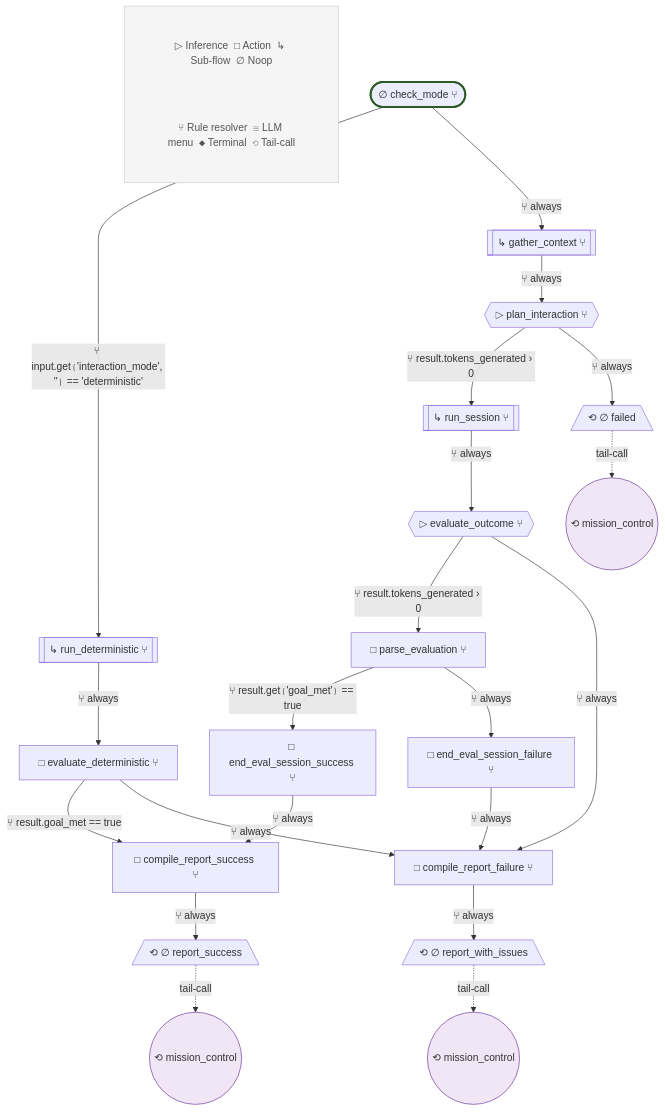
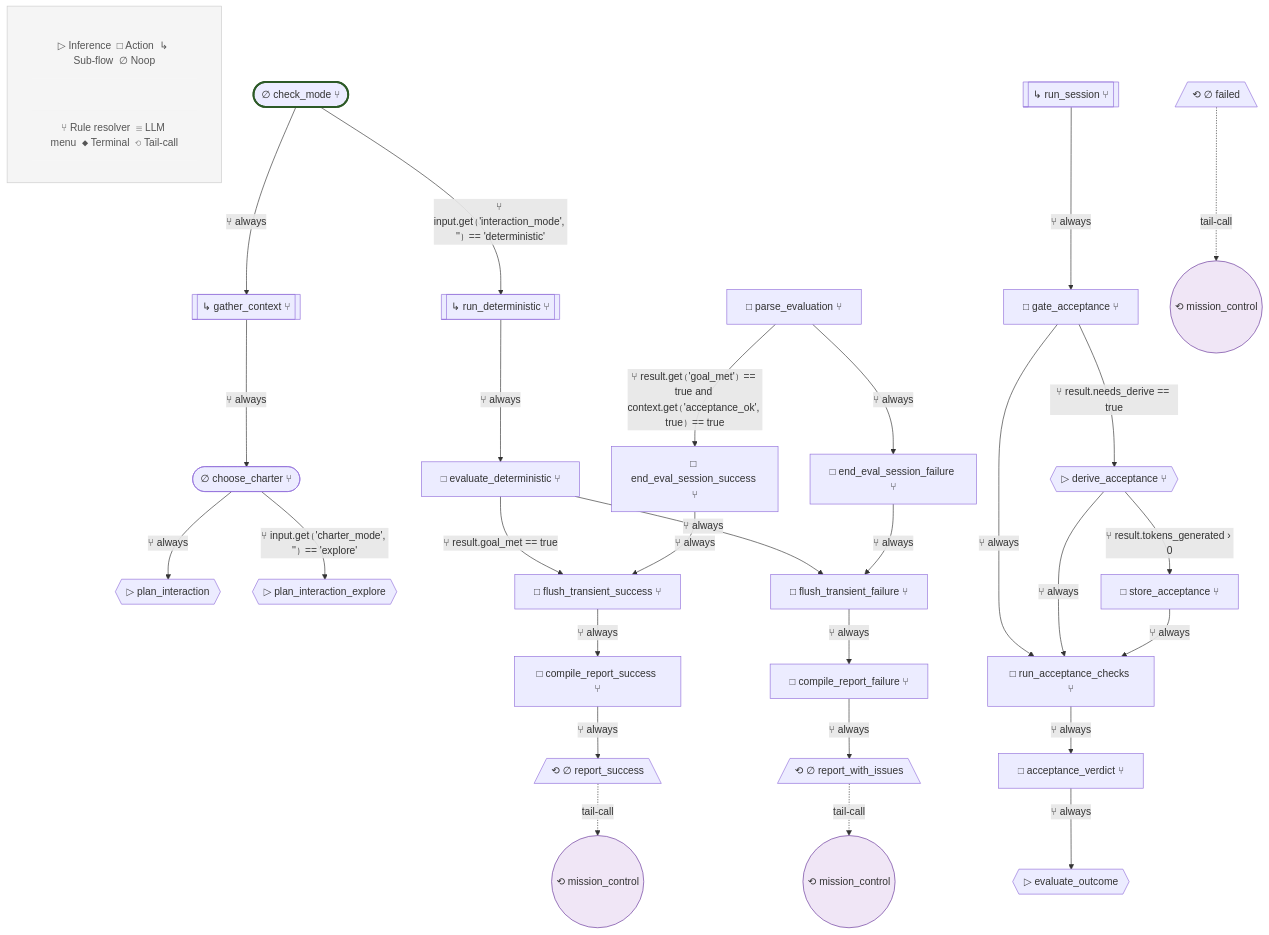
The seventh of 40 diagrams in blueprint.md (lah-rb/ouroboros), drawn with Mermaid before and after one commit. The commit also changed other lines of this file and 2 other files, not shown here.

````diff
--- a/blueprint.md
+++ b/blueprint.md
@@ -668,58 +827,74 @@
 ```mermaid
 flowchart TD
     %% interact v4
 
     subgraph Legend[" "]
         L1["▷ Inference  □ Action  ↳ Sub-flow  ∅ Noop"]
         L2["⑂ Rule resolver  ☰ LLM menu  ◆ Terminal  ⟲ Tail-call"]
     end
     style Legend fill:#f5f5f5,stroke:#ccc,stroke-width:1px
     style L1 fill:#f5f5f5,stroke:none,color:#555
     style L2 fill:#f5f5f5,stroke:none,color:#555
 
     check_mode(["∅ check_mode ⑂"])
     run_deterministic[["↳ run_deterministic ⑂"]]
     evaluate_deterministic["□ evaluate_deterministic ⑂"]
     gather_context[["↳ gather_context ⑂"]]
-    plan_interaction{{"▷ plan_interaction ⑂"}}
+    choose_charter(["∅ choose_charter ⑂"])
+    plan_interaction{{"▷ plan_interaction"}}
+    plan_interaction_explore{{"▷ plan_interaction_explore"}}
     run_session[["↳ run_session ⑂"]]
-    evaluate_outcome{{"▷ evaluate_outcome ⑂"}}
+    gate_acceptance["□ gate_acceptance ⑂"]
+    derive_acceptance{{"▷ derive_acceptance ⑂"}}
+    store_acceptance["□ store_acceptance ⑂"]
+    run_acceptance_checks["□ run_acceptance_checks ⑂"]
+    acceptance_verdict["□ acceptance_verdict ⑂"]
+    evaluate_outcome{{"▷ evaluate_outcome"}}
     parse_evaluation["□ parse_evaluation ⑂"]
     end_eval_session_success["□ end_eval_session_success ⑂"]
     end_eval_session_failure["□ end_eval_session_failure ⑂"]
+    flush_transient_success["□ flush_transient_success ⑂"]
+    flush_transient_failure["□ flush_transient_failure ⑂"]
     compile_report_success["□ compile_report_success ⑂"]
     compile_report_failure["□ compile_report_failure ⑂"]
     report_success[/"⟲ ∅ report_success"\]
     report_with_issues[/"⟲ ∅ report_with_issues"\]
     failed[/"⟲ ∅ failed"\]
 
     style check_mode stroke-width:3px,stroke:#2d5a27
 
     check_mode -->|⑂ input.get⟮'interaction_mode', ''⟯ == 'deterministic'| run_deterministic
     check_mode -->|⑂ always| gather_context
     run_deterministic -->|⑂ always| evaluate_deterministic
-    evaluate_deterministic -->|⑂ result.goal_met == true| compile_report_success
-    evaluate_deterministic -->|⑂ always| compile_report_failure
-    gather_context -->|⑂ always| plan_interaction
-    plan_interaction -->|⑂ result.tokens_generated › 0| run_session
-    plan_interaction -->|⑂ always| failed
-    run_session -->|⑂ always| evaluate_outcome
-    evaluate_outcome -->|⑂ result.tokens_generated › 0| parse_evaluation
-    evaluate_outcome -->|⑂ always| compile_report_failure
-    parse_evaluation -->|⑂ result.get⟮'goal_met'⟯ == true| end_eval_session_success
+    evaluate_deterministic -->|⑂ result.goal_met == true| flush_transient_success
+    evaluate_deterministic -->|⑂ always| flush_transient_failure
+    gather_context -->|⑂ always| choose_charter
+    choose_charter -->|⑂ input.get⟮'charter_mode', ''⟯ == 'explore'| plan_interaction_explore
+    choose_charter -->|⑂ always| plan_interaction
+    run_session -->|⑂ always| gate_acceptance
+    gate_acceptance -->|⑂ result.needs_derive == true| derive_acceptance
+    gate_acceptance -->|⑂ always| run_acceptance_checks
+    derive_acceptance -->|⑂ result.tokens_generated › 0| store_acceptance
+    derive_acceptance -->|⑂ always| run_acceptance_checks
+    store_acceptance -->|⑂ always| run_acceptance_checks
+    run_acceptance_checks -->|⑂ always| acceptance_verdict
+    acceptance_verdict -->|⑂ always| evaluate_outcome
+    parse_evaluation -->|⑂ result.get⟮'goal_met'⟯ == true and context.get⟮'acceptance_ok', true⟯ == true| end_eval_session_success
     parse_evaluation -->|⑂ always| end_eval_session_failure
-    end_eval_session_success -->|⑂ always| compile_report_success
-    end_eval_session_failure -->|⑂ always| compile_report_failure
+    end_eval_session_success -->|⑂ always| flush_transient_success
+    end_eval_session_failure -->|⑂ always| flush_transient_failure
+    flush_transient_success -->|⑂ always| compile_report_success
+    flush_transient_failure -->|⑂ always| compile_report_failure
     compile_report_success -->|⑂ always| report_success
     compile_report_failure -->|⑂ always| report_with_issues
     tc_report_success(("⟲ mission_control"))
     style tc_report_success fill:#f0e6f6,stroke:#663399
     report_success -.->|tail-call| tc_report_success
     tc_report_with_issues(("⟲ mission_control"))
     style tc_report_with_issues fill:#f0e6f6,stroke:#663399
     report_with_issues -.->|tail-call| tc_report_with_issues
     tc_failed(("⟲ mission_control"))
     style tc_failed fill:#f0e6f6,stroke:#663399
     failed -.->|tail-call| tc_failed
 
 ```
````
